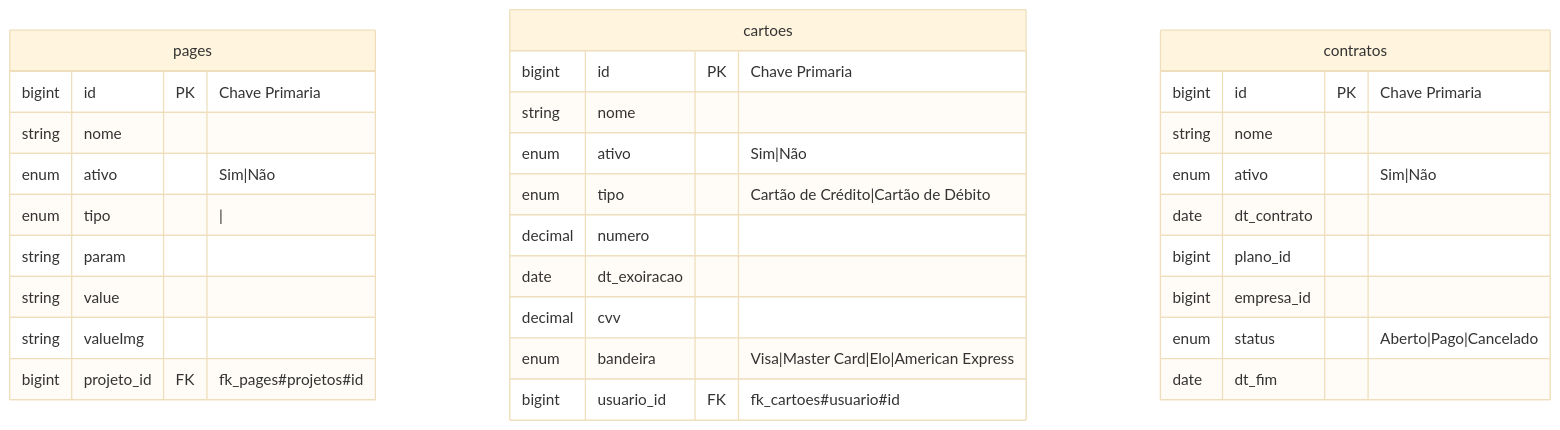
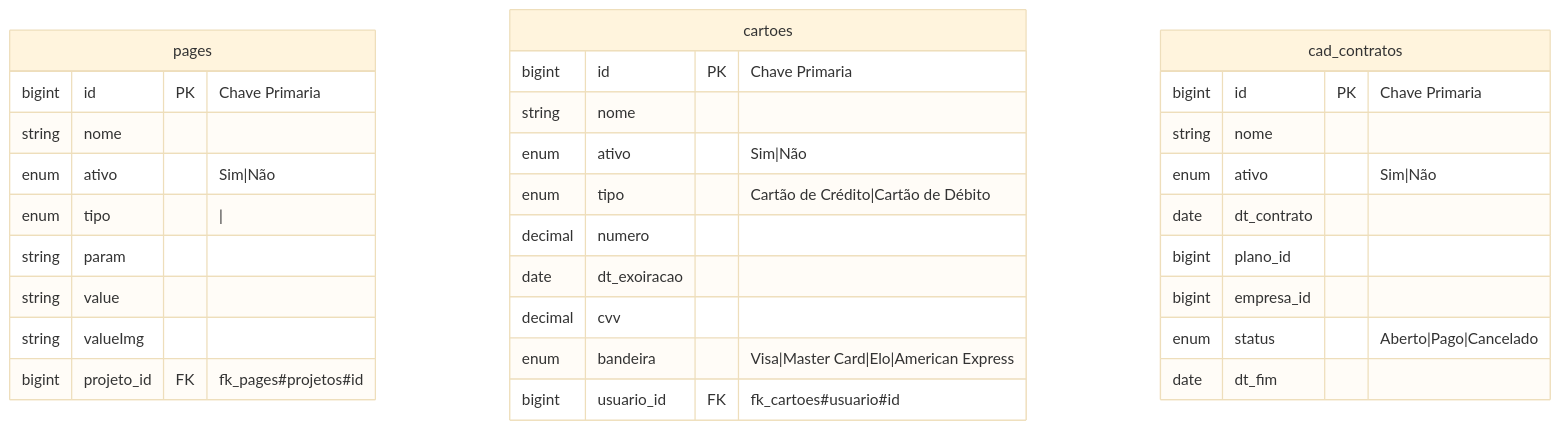
Before and after one commit to o-novo-dev/projeto-sistema: the seventh of 8 diagrams in doc/modulo/laboratório.md, drawn with Mermaid (base theme). The commit also changed other lines of this file and 33 other files, not shown here.

````diff
--- a/doc/modulo/laboratório.md
+++ b/doc/modulo/laboratório.md
@@ -152,34 +152,34 @@
 ```mermaid
 erDiagram
   pages {
     bigint id PK "Chave Primaria"
     string nome
     enum ativo "Sim|Não"
     enum tipo "|"
     string param
     string value
     string valueImg
     bigint projeto_id FK "fk_pages#projetos#id"
   }
   cartoes {
     bigint id PK "Chave Primaria"
     string nome
     enum ativo "Sim|Não"
     enum tipo "Cartão de Crédito|Cartão de Débito"
     decimal numero
     date dt_exoiracao
     decimal cvv
     enum bandeira "Visa|Master Card|Elo|American Express"
     bigint usuario_id FK "fk_cartoes#usuario#id"    
   }
-  contratos {
+  cad_contratos {
     bigint id PK "Chave Primaria"
     string nome
     enum ativo "Sim|Não"
     date dt_contrato
     bigint plano_id
     bigint empresa_id
     enum status "Aberto|Pago|Cancelado"
     date dt_fim
   }
 ```
````
